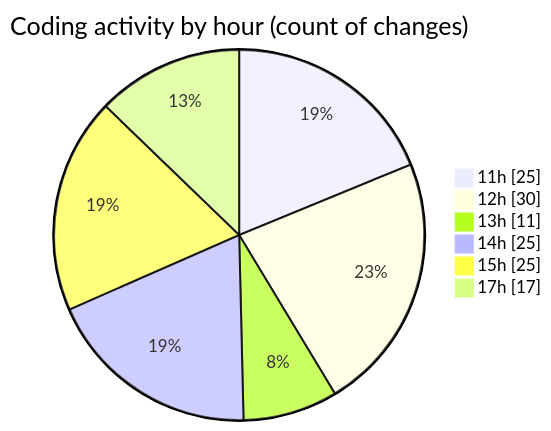
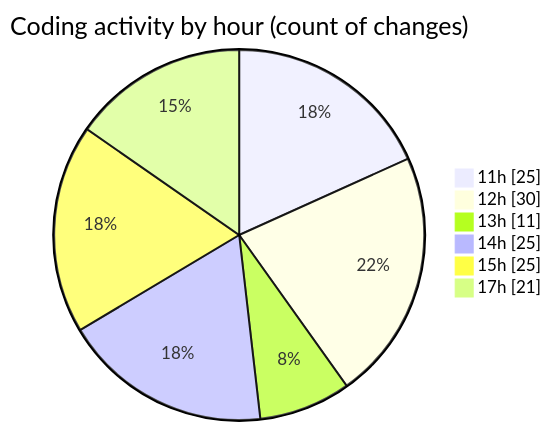
Before and after one commit to nxtqubesakshisongat/code-tracking: the second of 2 diagrams in 2025-08-13/nxtqube_webapp/README.md, drawn with Mermaid. The commit also changed other lines of this file and 1 other file, not shown here.

````diff
--- a/2025-08-13/nxtqube_webapp/README.md
+++ b/2025-08-13/nxtqube_webapp/README.md
@@ -35,10 +35,10 @@
 ```mermaid
 pie showData
 title Coding activity by hour (count of changes)
 "11h" : 25
 "12h" : 30
 "13h" : 11
 "14h" : 25
 "15h" : 25
-"17h" : 17
+"17h" : 21
 ```
````
